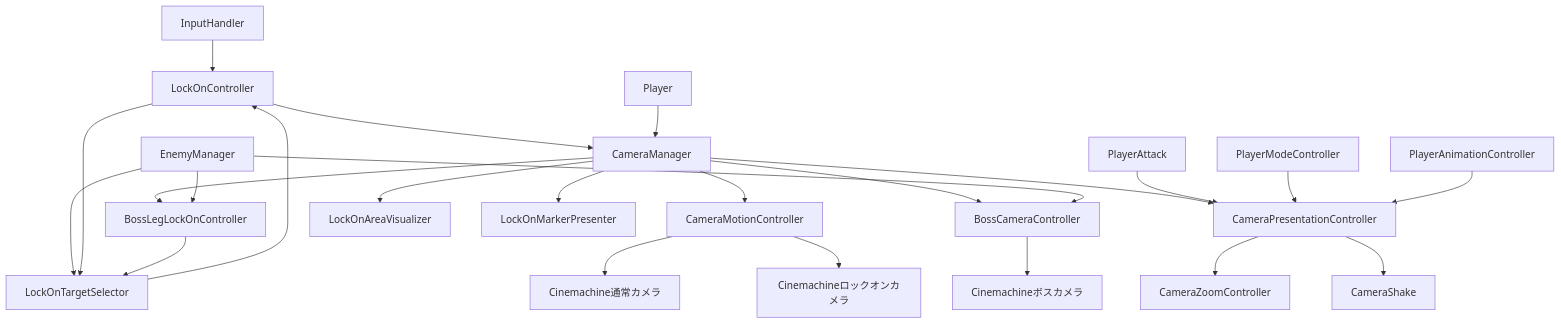
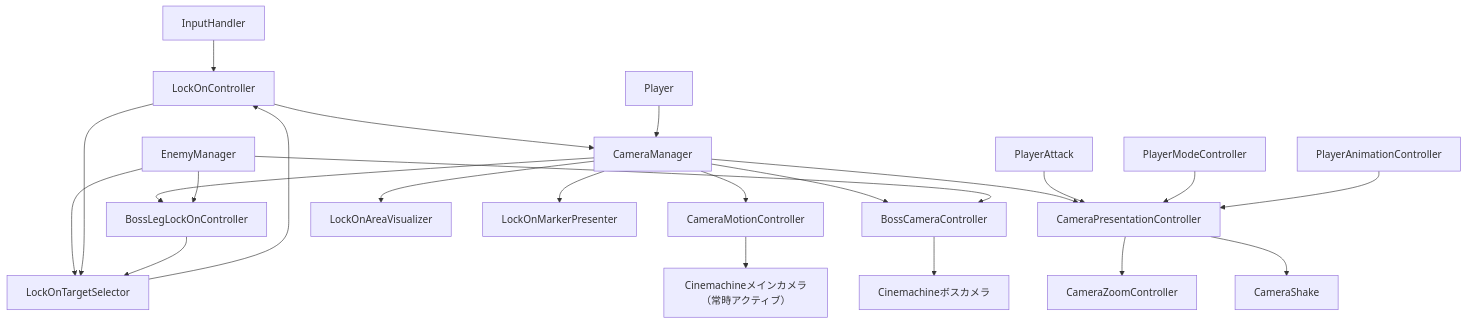
One commit to NaritaShosei/ProjectGO changed the diagram in Assets/Scripts/Camera/CameraSystemDoc.md. Above: the diagram before and after it, drawn with Mermaid. The commit also changed other lines of this file and 12 other files, not shown here.

````diff
--- a/Assets/Scripts/Camera/CameraSystemDoc.md
+++ b/Assets/Scripts/Camera/CameraSystemDoc.md
@@ -178,26 +185,25 @@
 ```mermaid
 flowchart TD
     Input[InputHandler] --> Controller[LockOnController]
     Enemy[EnemyManager] --> Selector[LockOnTargetSelector]
     Controller --> Selector
     Selector --> Controller
     Controller --> Manager[CameraManager]
     Player[Player] --> Manager
     Manager --> Motion[CameraMotionController]
-    Motion --> Normal[Cinemachine通常カメラ]
-    Motion --> Lock[Cinemachineロックオンカメラ]
+    Motion --> Lock[Cinemachineメインカメラ（常時アクティブ）]
     Manager --> Boss[BossCameraController]
     Enemy --> Boss
     Boss --> BossCam[Cinemachineボスカメラ]
     Manager --> BossLeg[BossLegLockOnController]
     Enemy --> BossLeg
     BossLeg --> Selector
     Manager --> Presentation[CameraPresentationController]
     PlayerAttack[PlayerAttack] --> Presentation
     ModeController[PlayerModeController] --> Presentation
     AnimController[PlayerAnimationController] --> Presentation
     Presentation --> Zoom[CameraZoomController]
     Presentation --> Shake[CameraShake]
     Manager --> Area[LockOnAreaVisualizer]
     Manager --> Marker[LockOnMarkerPresenter]
 ```
````
